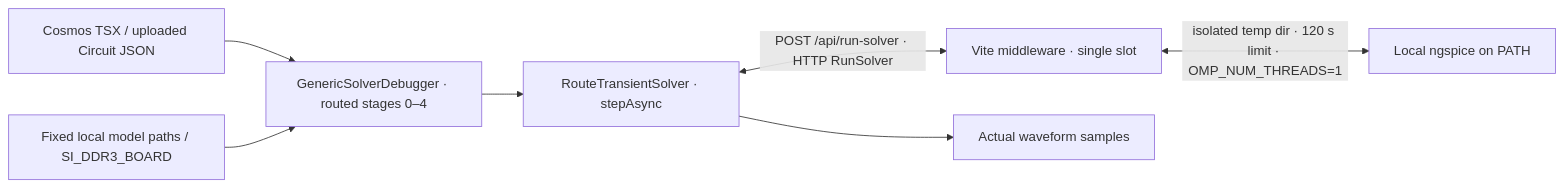
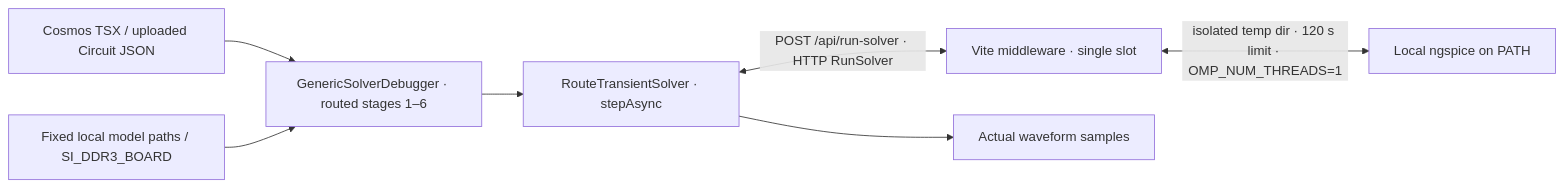
The first of 5 diagrams in README.md (tscircuit/pcb-spice-pipeline), drawn with Mermaid before and after one commit. The commit also changed other lines of this file and 33 other files, not shown here.

Commit message:
Flatten routed stages and add the solver selector

````diff
--- a/README.md
+++ b/README.md
@@ -87,9 +87,9 @@
 ```mermaid
 flowchart LR
-  fixture["Cosmos TSX / uploaded Circuit JSON"] --> debugger["GenericSolverDebugger · routed stages 0–4"]
+  fixture["Cosmos TSX / uploaded Circuit JSON"] --> debugger["GenericSolverDebugger · routed stages 1–6"]
   assets["Fixed local model paths / SI_DDR3_BOARD"] --> debugger
   debugger --> transient["RouteTransientSolver · stepAsync"]
   transient <-->|"POST /api/run-solver · HTTP RunSolver"| queue["Vite middleware · single slot"]
   queue <-->|"isolated temp dir · 120 s limit · OMP_NUM_THREADS=1"| native["Local ngspice on PATH"]
   transient --> capture["Actual waveform samples"]
 ```
````
